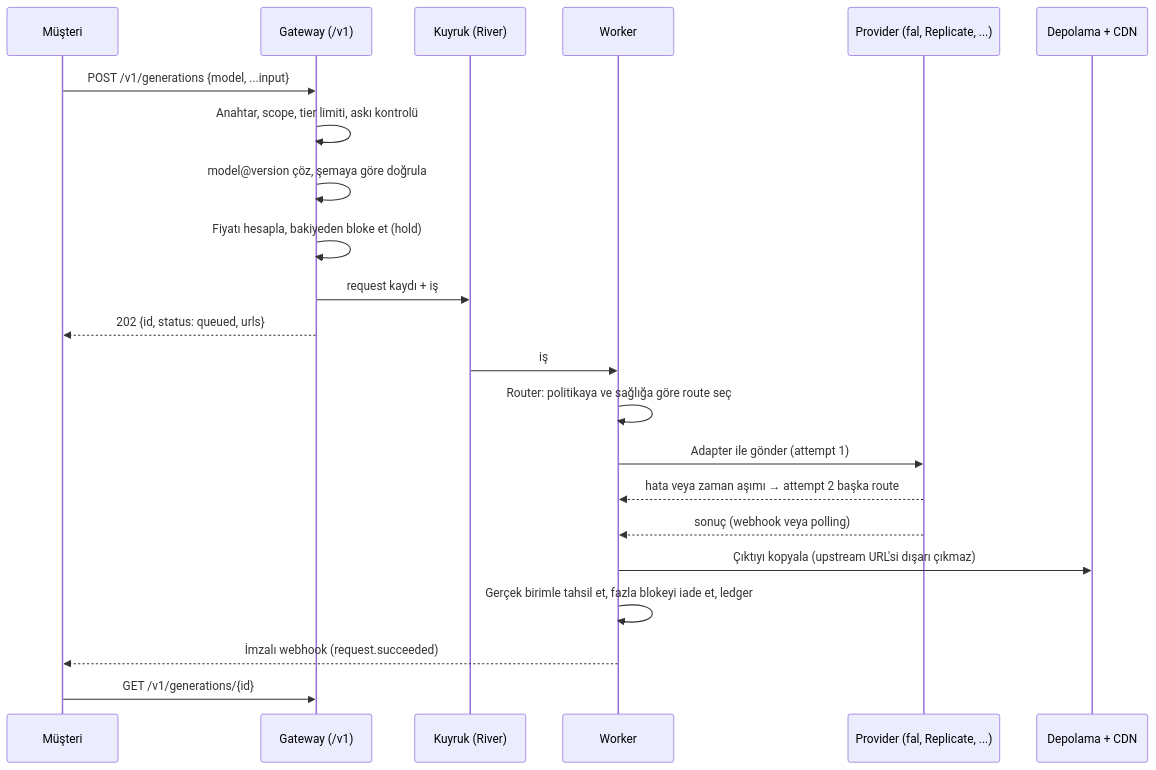
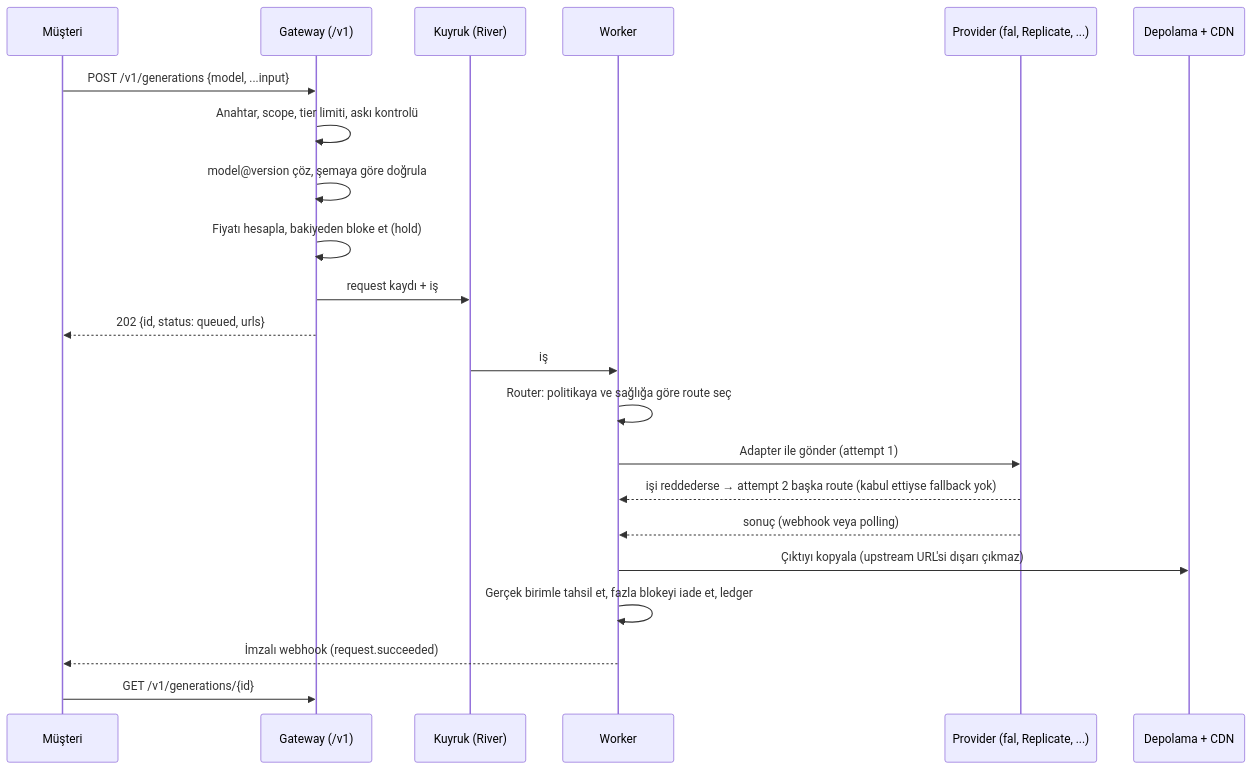
The third of 4 diagrams in docs/architecture.md (anilcosaran/Youtorch-2), drawn with Mermaid before and after one commit. The commit also changed other lines of this file and 11 other files, not shown here.

````diff
--- a/docs/architecture.md
+++ b/docs/architecture.md
@@ -135,24 +135,24 @@
 ```mermaid
 sequenceDiagram
   participant C as Müşteri
   participant G as Gateway (/v1)
   participant Q as Kuyruk (River)
   participant W as Worker
   participant P as Provider (fal, Replicate, ...)
   participant S as Depolama + CDN
   C->>G: POST /v1/generations {model, ...input}
   G->>G: Anahtar, scope, tier limiti, askı kontrolü
   G->>G: model@version çöz, şemaya göre doğrula
   G->>G: Fiyatı hesapla, bakiyeden bloke et (hold)
   G->>Q: request kaydı + iş
   G-->>C: 202 {id, status: queued, urls}
   Q->>W: iş
   W->>W: Router: politikaya ve sağlığa göre route seç
   W->>P: Adapter ile gönder (attempt 1)
-  P-->>W: hata veya zaman aşımı → attempt 2 başka route
+  P-->>W: işi reddederse → attempt 2 başka route (kabul ettiyse fallback yok)
   P-->>W: sonuç (webhook veya polling)
   W->>S: Çıktıyı kopyala (upstream URL'si dışarı çıkmaz)
   W->>W: Gerçek birimle tahsil et, fazla blokeyi iade et, ledger
   W-->>C: İmzalı webhook (request.succeeded)
   C->>G: GET /v1/generations/{id}
 ```
````
